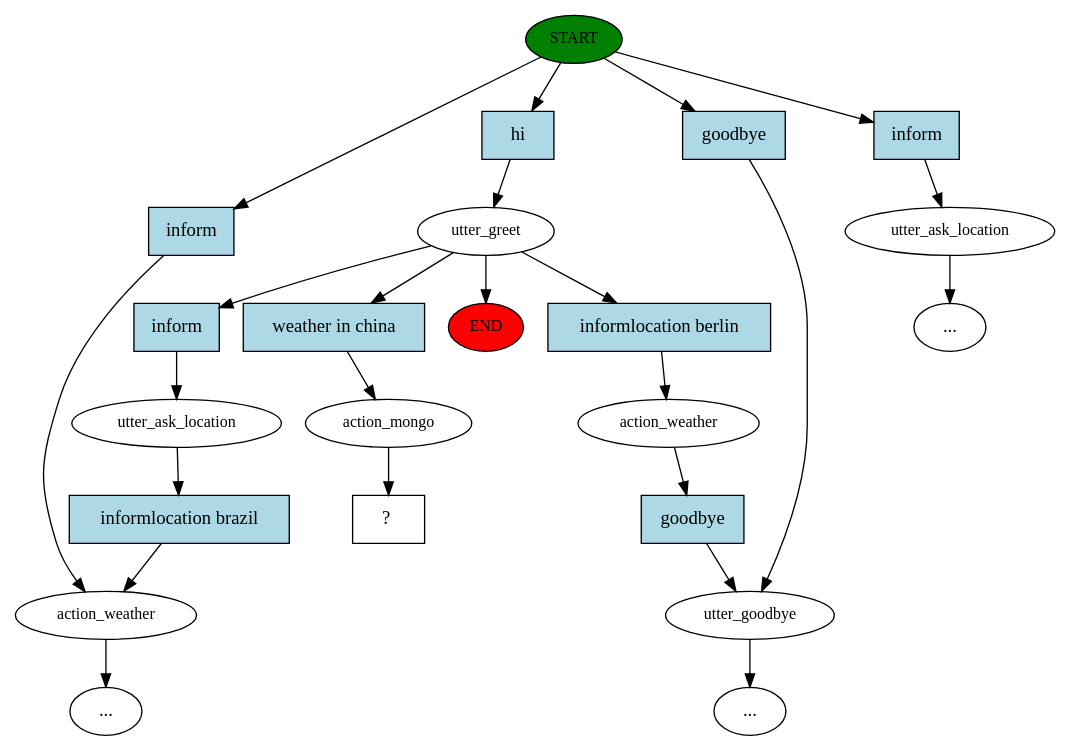
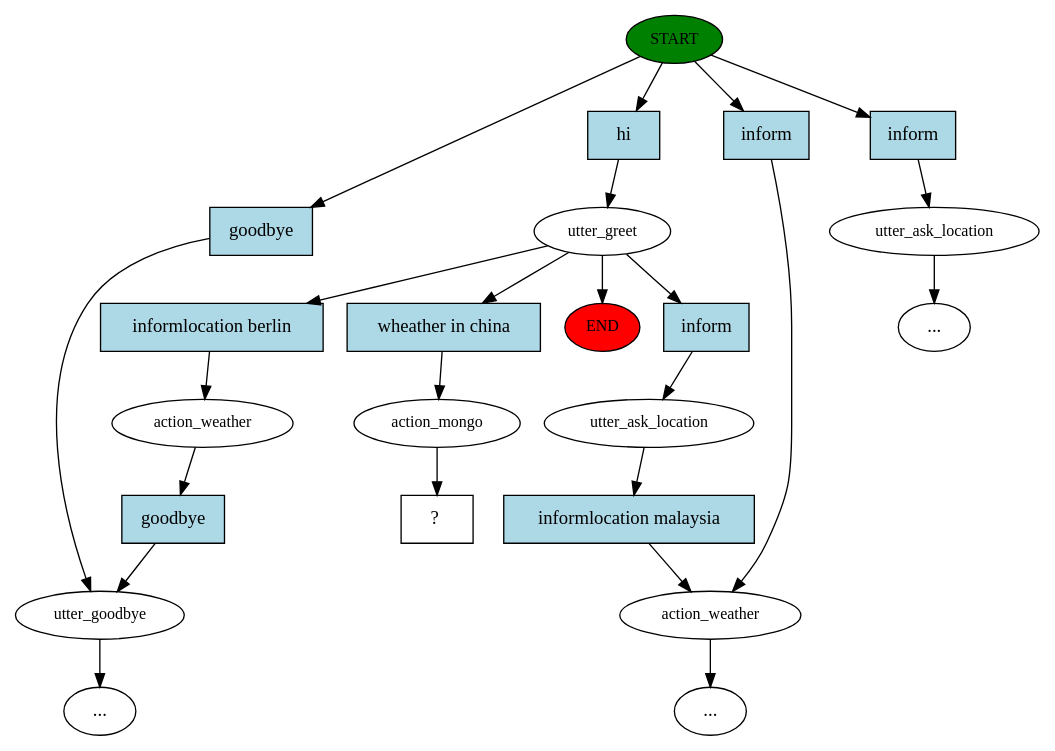
Before and after one commit to Pahyn/South-East-China-Sea-Conflict-Chatbot: the diagram in story_graph.dot, drawn with Graphviz. The commit also changed 12 other files, not shown here.

```diff
--- a/story_graph.dot
+++ b/story_graph.dot
@@ -1,47 +1,47 @@
 digraph  {
 0 [label=START, fillcolor=green, style=filled, fontsize=12, class="start active"];
 "-1" [label=END, fillcolor=red, style=filled, fontsize=12, class=end];
 1 [label=utter_greet, fontsize=12, class=active];
-2 [label=utter_ask_location, fontsize=12, class=""];
-3 [label=action_weather, fontsize=12, class=""];
-5 [label=action_weather, fontsize=12, class=""];
-6 [label=utter_goodbye, fontsize=12, class=""];
+2 [label=action_weather, fontsize=12, class=""];
+3 [label=utter_goodbye, fontsize=12, class=""];
+5 [label=utter_ask_location, fontsize=12, class=""];
+6 [label=action_weather, fontsize=12, class=""];
+"-5" [label="...", class=ellipsis];
 8 [label=utter_ask_location, fontsize=12, class=""];
-"-5" [label="...", class=ellipsis];
 "-6" [label="...", class=ellipsis];
 "-7" [label="...", class=ellipsis];
 12 [label=action_mongo, fontsize=12, class=active];
 13 [label="  ?  ", shape=rect, class="intent dashed active"];
 14 [label=hi, shape=rect, style=filled, fillcolor=lightblue, class="intent active"];
 15 [label=inform, shape=rect, style=filled, fillcolor=lightblue, class=intent];
-16 [label=inform, shape=rect, style=filled, fillcolor=lightblue, class=intent];
-17 [label=goodbye, shape=rect, style=filled, fillcolor=lightblue, class=intent];
-18 [label=inform, shape=rect, style=filled, fillcolor=lightblue, class=intent];
-19 [label="informlocation berlin", shape=rect, style=filled, fillcolor=lightblue, class=intent];
-20 [label="weather in china", shape=rect, style=filled, fillcolor=lightblue, class="intent active"];
-21 [label="informlocation brazil", shape=rect, style=filled, fillcolor=lightblue, class=intent];
-22 [label=goodbye, shape=rect, style=filled, fillcolor=lightblue, class=intent];
+16 [label=goodbye, shape=rect, style=filled, fillcolor=lightblue, class=intent];
+17 [label=inform, shape=rect, style=filled, fillcolor=lightblue, class=intent];
+18 [label="informlocation berlin", shape=rect, style=filled, fillcolor=lightblue, class=intent];
+19 [label=inform, shape=rect, style=filled, fillcolor=lightblue, class=intent];
+20 [label="wheather in china", shape=rect, style=filled, fillcolor=lightblue, class="intent active"];
+21 [label=goodbye, shape=rect, style=filled, fillcolor=lightblue, class=intent];
+22 [label="informlocation malaysia", shape=rect, style=filled, fillcolor=lightblue, class=intent];
 0 -> 14  [key=0, class=active];
 0 -> 15  [key=0, class=""];
 0 -> 16  [key=0, class=""];
 0 -> 17  [key=0, class=""];
 1 -> "-1"  [key=NONE, label="", class=""];
 1 -> 18  [key=0, class=""];
 1 -> 19  [key=0, class=""];
 1 -> 20  [key=0, class=active];
 2 -> 21  [key=0, class=""];
-3 -> "-6"  [key=NONE, label="", class=""];
+3 -> "-7"  [key=NONE, label="", class=""];
 5 -> 22  [key=0, class=""];
-6 -> "-7"  [key=NONE, label="", class=""];
-8 -> "-5"  [key=NONE, label="", class=""];
+6 -> "-5"  [key=NONE, label="", class=""];
+8 -> "-6"  [key=NONE, label="", class=""];
 12 -> 13  [key=NONE, label="", class=active];
 14 -> 1  [key=0, class=active];
 15 -> 8  [key=0, class=""];
 16 -> 3  [key=0, class=""];
 17 -> 6  [key=0, class=""];
 18 -> 2  [key=0, class=""];
 19 -> 5  [key=0, class=""];
 20 -> 12  [key=0, class=active];
 21 -> 3  [key=0, class=""];
 22 -> 6  [key=0, class=""];
 }
```
